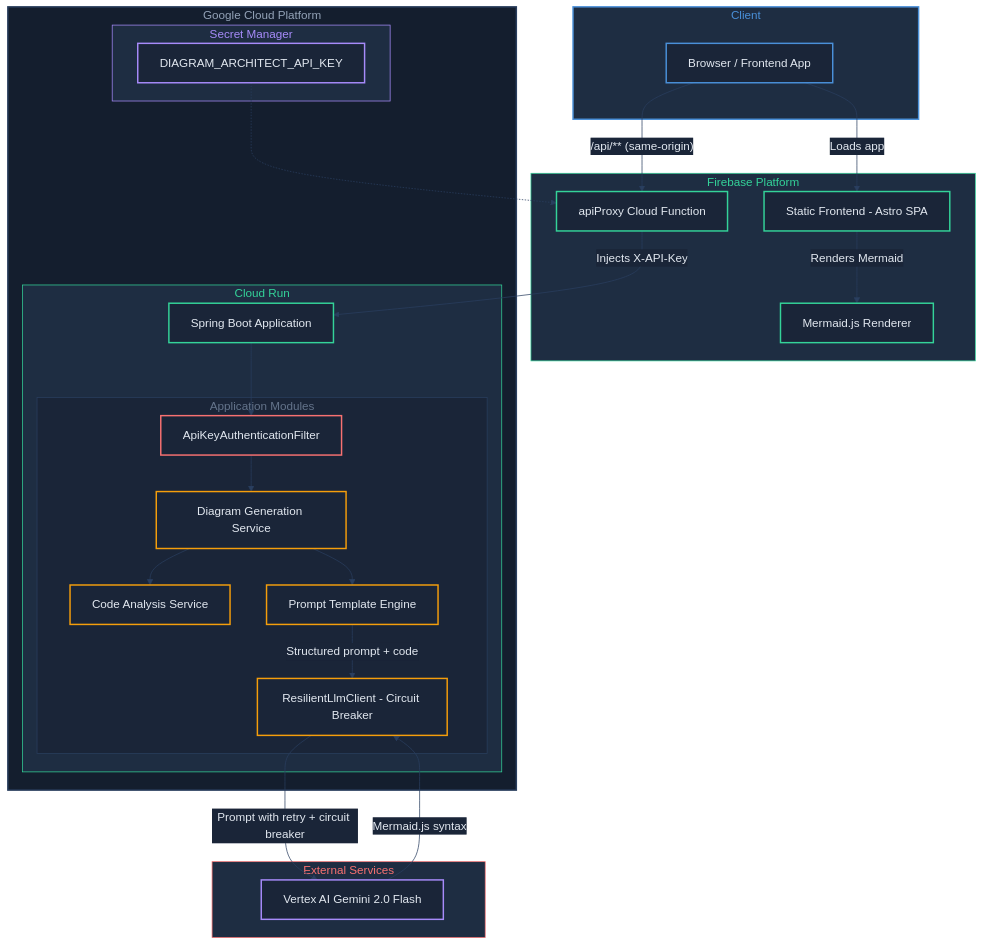
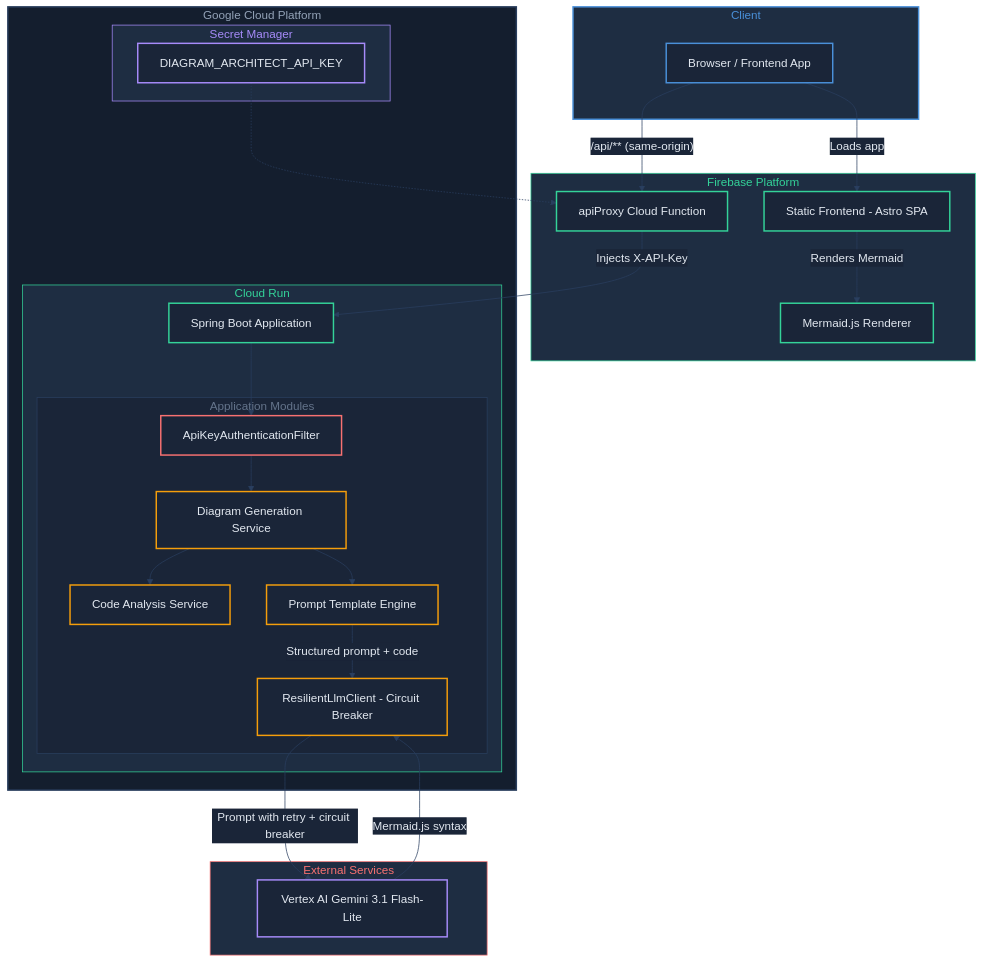
The diagram in docs/architecture.md (jking-ai/diagram-as-code-architect), drawn with Mermaid before and after one commit. The commit also changed other lines of this file and 12 other files, not shown here.

First line of the commit message:
Upgrade Gemini chat model to 3.1 Flash-Lite preview

````diff
--- a/docs/architecture.md
+++ b/docs/architecture.md
@@ -5,80 +5,80 @@
 ```mermaid
 %%{init: {'theme': 'base', 'themeVariables': {
   'darkMode': true,
   'background': '#0f1724',
   'primaryColor': '#1a2538',
   'primaryTextColor': '#e2e8f0',
   'primaryBorderColor': '#2a3f5f',
   'lineColor': '#4a90d9',
   'secondaryColor': '#1e2d42',
   'tertiaryColor': '#1e2d42',
   'edgeLabelBackground': '#1a2538',
   'clusterBkg': '#1e2d42',
   'clusterBorder': '#2a3f5f',
   'nodeTextColor': '#e2e8f0',
   'titleColor': '#94a3b8'
 }}}%%
 flowchart TB
     subgraph Client
         A[Browser / Frontend App]:::blue
     end
 
     subgraph Firebase["Firebase Platform"]
         B[Static Frontend - Astro SPA]:::green
         C[Mermaid.js Renderer]:::green
         P[apiProxy Cloud Function]:::green
     end
 
     subgraph GCP["Google Cloud Platform"]
         subgraph CloudRun["Cloud Run"]
             D[Spring Boot Application]:::green
             subgraph AppModules["Application Modules"]
                 Auth[ApiKeyAuthenticationFilter]:::red
                 E[Diagram Generation Service]:::amber
                 F[Code Analysis Service]:::amber
                 G[Prompt Template Engine]:::amber
                 R[ResilientLlmClient - Circuit Breaker]:::amber
             end
         end
 
         subgraph Secrets["Secret Manager"]
             SK[DIAGRAM_ARCHITECT_API_KEY]:::purple
         end
     end
 
     subgraph External["External Services"]
-        H[Vertex AI Gemini 2.0 Flash]:::purple
+        H[Vertex AI Gemini 3.1 Flash-Lite]:::purple
     end
 
     A -- "Loads app" --> B
     A -- "/api/** (same-origin)" --> P
     P -- "Injects X-API-Key" --> D
     SK -.-> P
 
     D --> Auth
     Auth --> E
     E --> F
     E --> G
     G -- "Structured prompt + code" --> R
     R -- "Prompt with retry + circuit breaker" --> H
     H -- "Mermaid.js syntax" --> R
 
     B -- "Renders Mermaid" --> C
 
     style Client fill:#1e2d42, stroke:#4a90d9, stroke-width:2px, color:#4a90d9
     style Firebase fill:#1e2d42, stroke:#34d399, stroke-width:1px, color:#34d399
     style GCP fill:#141e2e, stroke:#2a3f5f, stroke-width:2px, color:#94a3b8
     style CloudRun fill:#1e2d42, stroke:#34d399, stroke-width:1px, color:#34d399
     style AppModules fill:#1a2538, stroke:#2a3f5f, stroke-width:1px, color:#64748b
     style Secrets fill:#1e2d42, stroke:#a78bfa, stroke-width:1px, color:#a78bfa
     style External fill:#1e2d42, stroke:#f87171, stroke-width:1px, color:#f87171
 
     classDef blue   fill:#1a2538, stroke:#4a90d9, stroke-width:2px, color:#e2e8f0;
     classDef green  fill:#1a2538, stroke:#34d399, stroke-width:2px, color:#e2e8f0;
     classDef amber  fill:#1a2538, stroke:#f59e0b, stroke-width:2px, color:#e2e8f0;
     classDef red    fill:#1a2538, stroke:#f87171, stroke-width:2px, color:#e2e8f0;
     classDef purple fill:#1a2538, stroke:#a78bfa, stroke-width:2px, color:#e2e8f0;
     classDef slate  fill:#1a2538, stroke:#94a3b8, stroke-width:2px, color:#e2e8f0;
 
     linkStyle default stroke:#2a3f5f, stroke-width:1px
 ```
````
